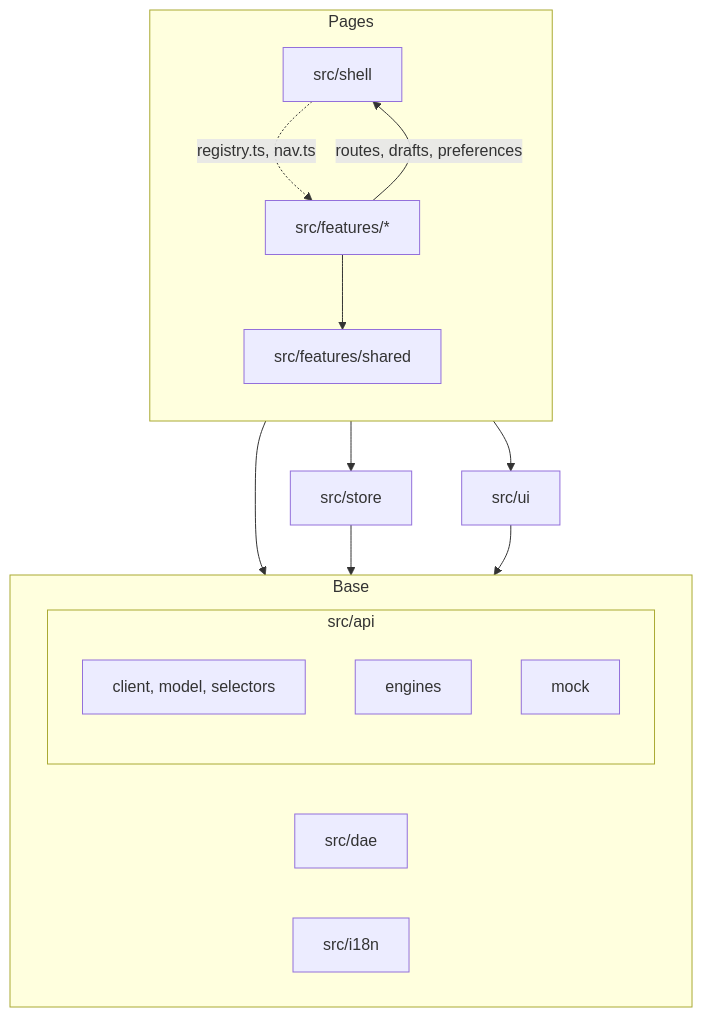
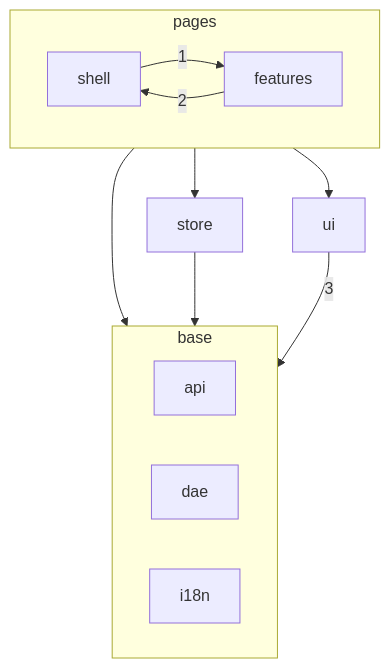
One commit to Zakkaus/doona changed the first of 2 diagrams in CONTRIBUTING.md. Above: the diagram before and after it, drawn with Mermaid. The commit also changed other lines of this file and 1 other file, not shown here.

````diff
--- a/CONTRIBUTING.md
+++ b/CONTRIBUTING.md
@@ -21,28 +52,21 @@
 ```mermaid
 flowchart TB
-  subgraph pages [Pages]
-    direction TB
-    shell[src/shell]
-    features[src/features/*]
-    shared[src/features/shared]
+  subgraph pages [pages]
+    shell
+    features
   end
-  store[src/store]
-  ui[src/ui]
-  subgraph base [Base]
-    subgraph api [src/api]
-      client[client, model, selectors]
-      engines[engines]
-      mock[mock]
-    end
-    dae[src/dae]
-    i18n[src/i18n]
+  store
+  ui
+  subgraph base [base]
+    api
+    dae
+    i18n
   end
-  shell -.->|registry.ts, nav.ts| features
-  features -->|routes, drafts, preferences| shell
-  features --> shared
+  shell -->|1| features
+  features -->|2| shell
   pages --> store
   pages --> ui
   pages --> base
   store --> base
-  ui --> base
+  ui -->|3| base
 ```
````
